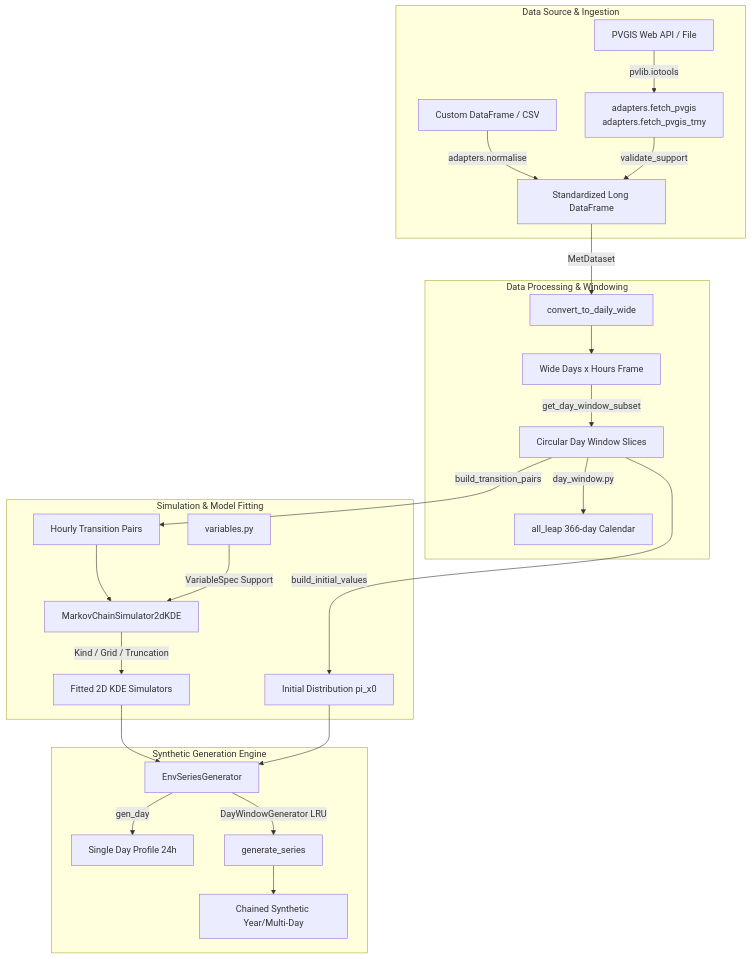
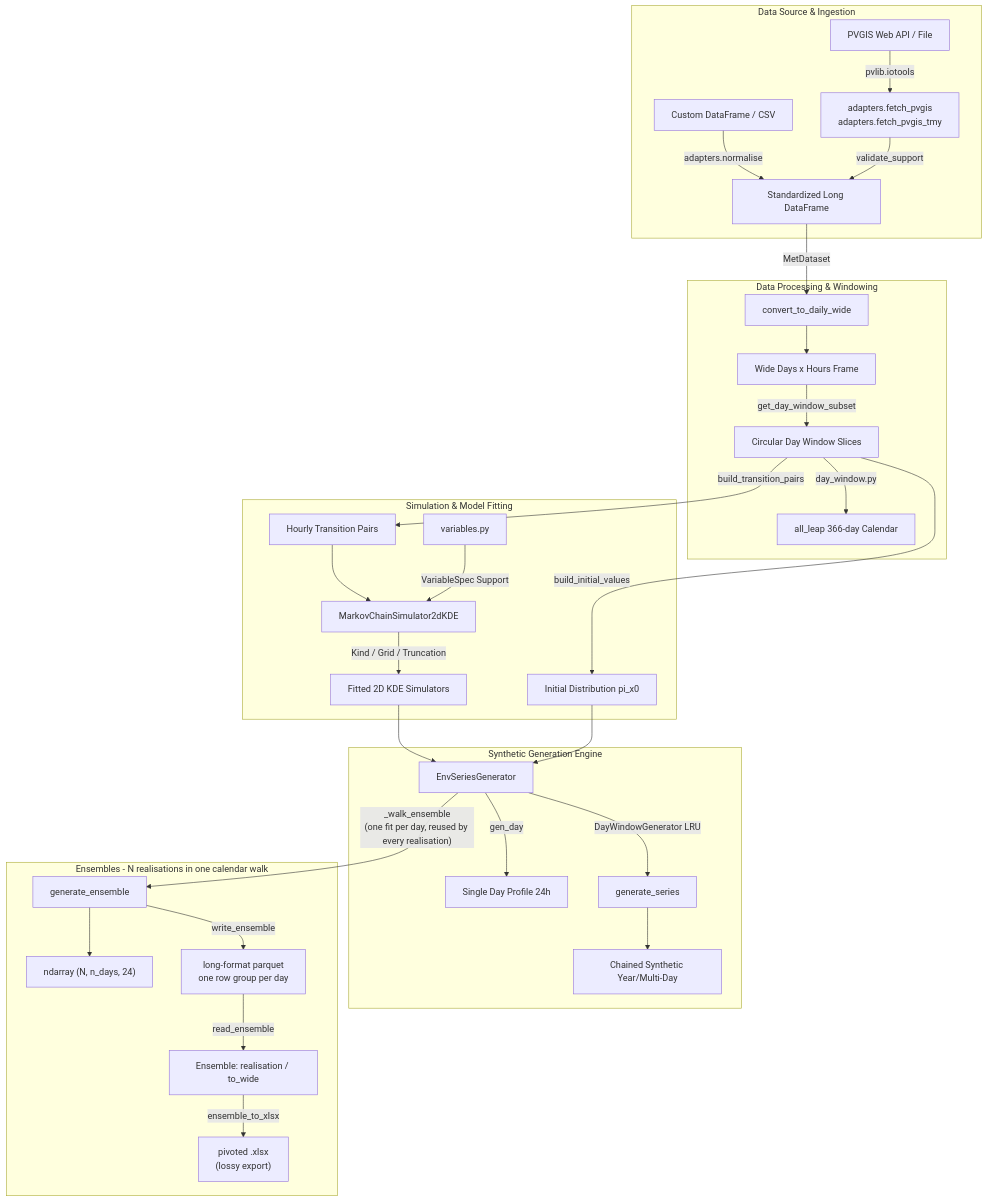
One commit to npapnet/meteosynth changed the first of 2 diagrams in docs/design/architecture.md. Above: the diagram before and after it, drawn with Mermaid. The commit also changed other lines of this file and 13 other files, not shown here.

````diff
--- a/docs/design/architecture.md
+++ b/docs/design/architecture.md
@@ -92,31 +93,39 @@
 ```mermaid
 flowchart TD
     subgraph Data Source & Ingestion
         A[PVGIS Web API / File] -->|pvlib.iotools| B["adapters.fetch_pvgis<br/>adapters.fetch_pvgis_tmy"]
         C[Custom DataFrame / CSV] -->|adapters.normalise| D[Standardized Long DataFrame]
         B -->|validate_support| D
     end
 
     subgraph Data Processing & Windowing
         D -->|MetDataset| E[convert_to_daily_wide]
         E --> F[Wide Days x Hours Frame]
         F -->|get_day_window_subset| G[Circular Day Window Slices]
         G -->|day_window.py| H[all_leap 366-day Calendar]
     end
 
     subgraph Simulation & Model Fitting
         G -->|build_transition_pairs| I[Hourly Transition Pairs]
         G -->|build_initial_values| J[Initial Distribution pi_x0]
         I --> K[MarkovChainSimulator2dKDE]
         K -->|Kind / Grid / Truncation| L[Fitted 2D KDE Simulators]
         variables.py -->|VariableSpec Support| K
     end
 
     subgraph Synthetic Generation Engine
         L --> M[EnvSeriesGenerator]
         J --> M
         M -->|gen_day| N[Single Day Profile 24h]
         M -->|DayWindowGenerator LRU| O[generate_series]
         O --> P[Chained Synthetic Year/Multi-Day]
     end
+
+    subgraph Ensembles - N realisations in one calendar walk
+        M -->|"_walk_ensemble<br/>(one fit per day, reused by every realisation)"| Q[generate_ensemble]
+        Q --> R["ndarray (N, n_days, 24)"]
+        Q -->|write_ensemble| S["long-format parquet<br/>one row group per day"]
+        S -->|read_ensemble| T[Ensemble: realisation / to_wide]
+        T -->|ensemble_to_xlsx| U["pivoted .xlsx<br/>(lossy export)"]
+    end
 ```
````
